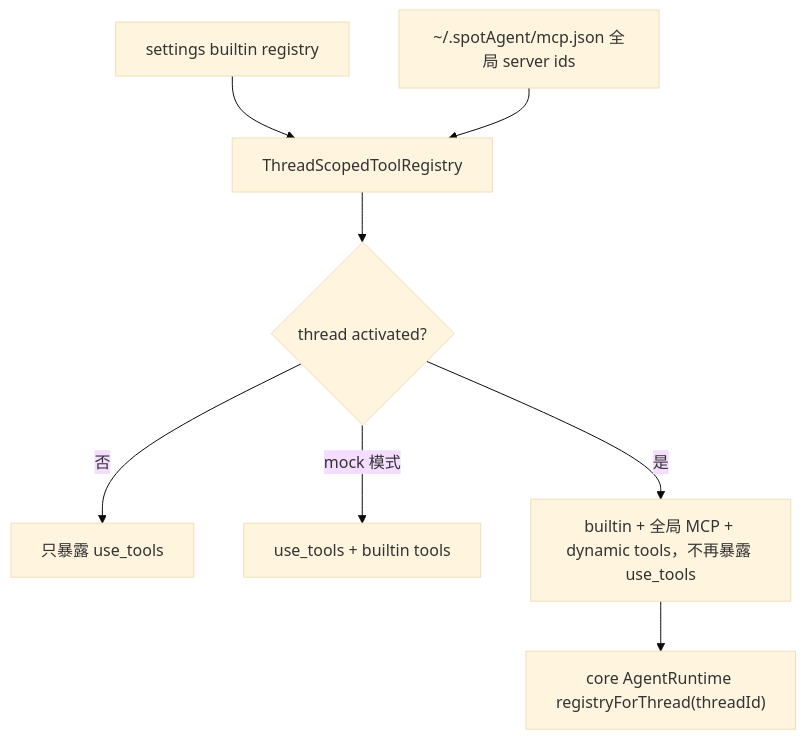
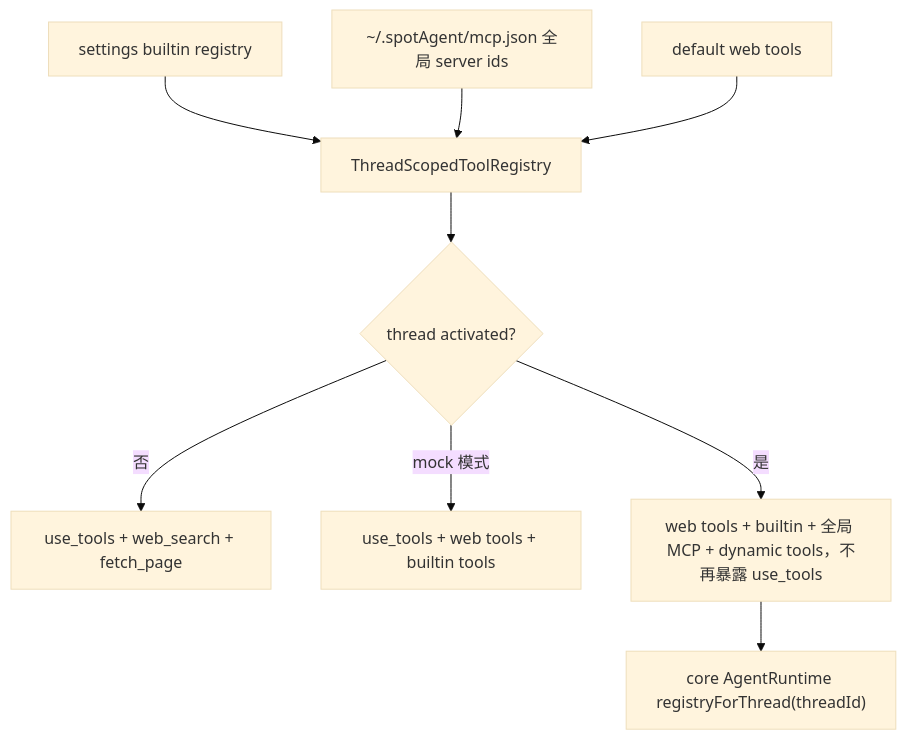
One commit to Lixuhang987/Wisp-Pocket changed the diagram in apps/agent-server/src/actions/actions.md. Above: the diagram before and after it, drawn with Mermaid (base theme). The commit also changed other lines of this file and 22 other files, not shown here.

Commit message:
Add default websearch tools

````diff
--- a/apps/agent-server/src/actions/actions.md
+++ b/apps/agent-server/src/actions/actions.md
@@ -16,10 +16,11 @@
 ```mermaid
 flowchart TD
   A["settings builtin registry"] --> D["ThreadScopedToolRegistry"]
   B["~/.spotAgent/mcp.json 全局 server ids"] --> D
+  W["default web tools"] --> D
   D --> E{"thread activated?"}
-  E -- "否" --> F["只暴露 use_tools"]
-  E -- "mock 模式" --> G["use_tools + builtin tools"]
-  E -- "是" --> H["builtin + 全局 MCP + dynamic tools，不再暴露 use_tools"]
+  E -- "否" --> F["use_tools + web_search + fetch_page"]
+  E -- "mock 模式" --> G["use_tools + web tools + builtin tools"]
+  E -- "是" --> H["web tools + builtin + 全局 MCP + dynamic tools，不再暴露 use_tools"]
   H --> I["core AgentRuntime registryForThread(threadId)"]
 ```
````
